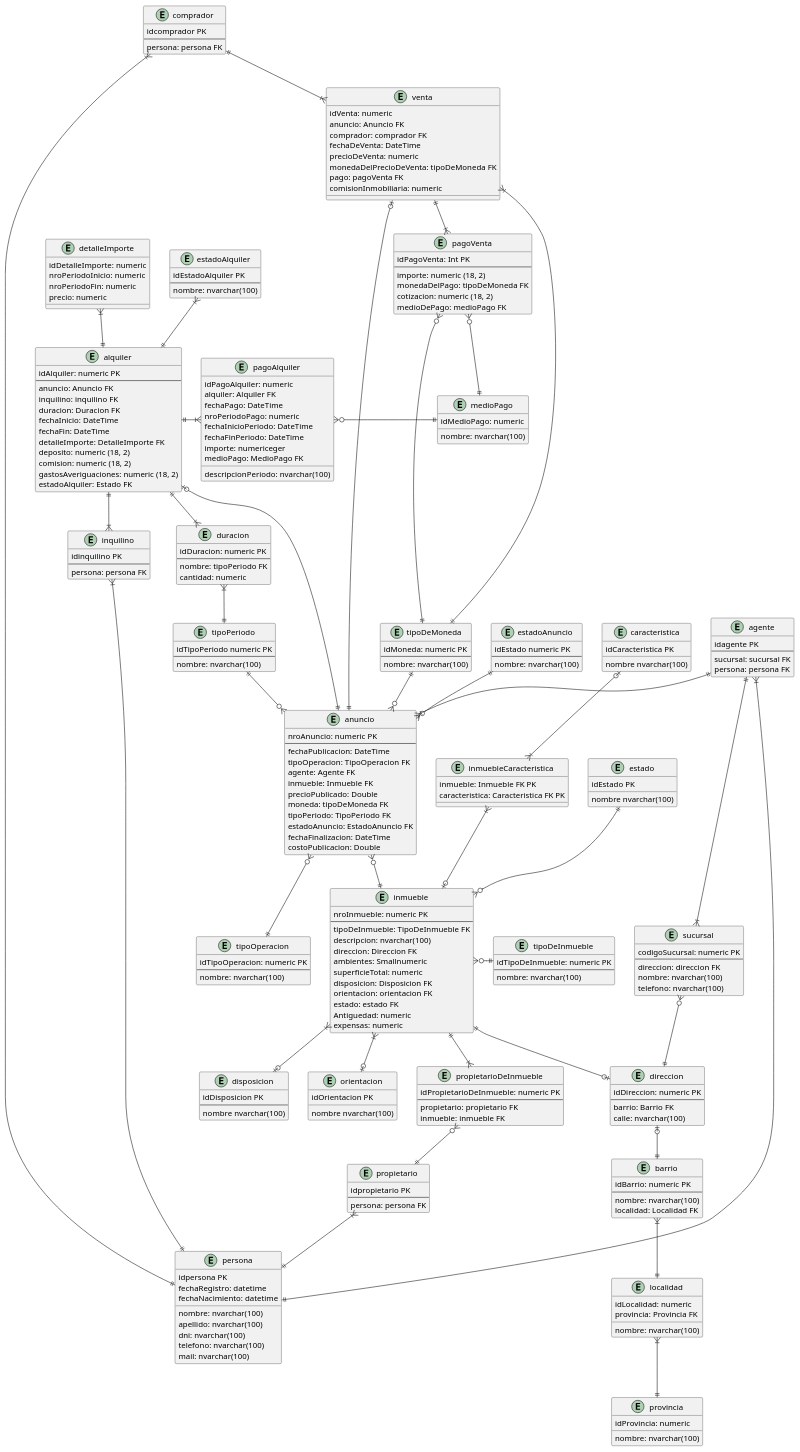
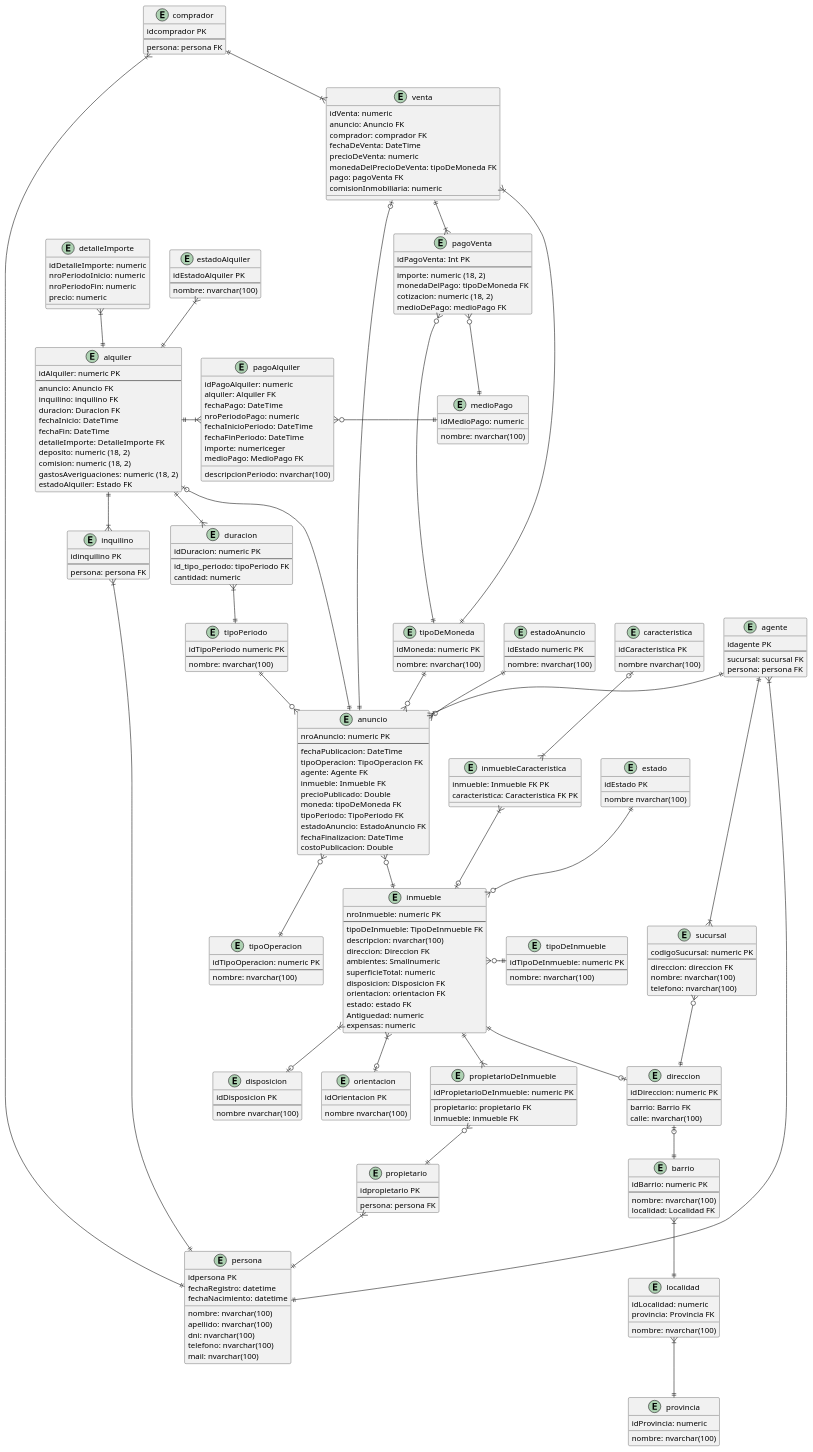
Before and after one commit to manutorrente/TP-GDD: the diagram in der.wsd, drawn with PlantUML. The commit also changed 3 other files, not shown here.

```diff
--- a/der.wsd
+++ b/der.wsd
@@ -19,7 +19,7 @@
 entity duracion {
     idDuracion: numeric PK
     --
-    nombre: tipoPeriodo FK
+    id_tipo_periodo: tipoPeriodo FK
     cantidad: numeric
 }
 
```
